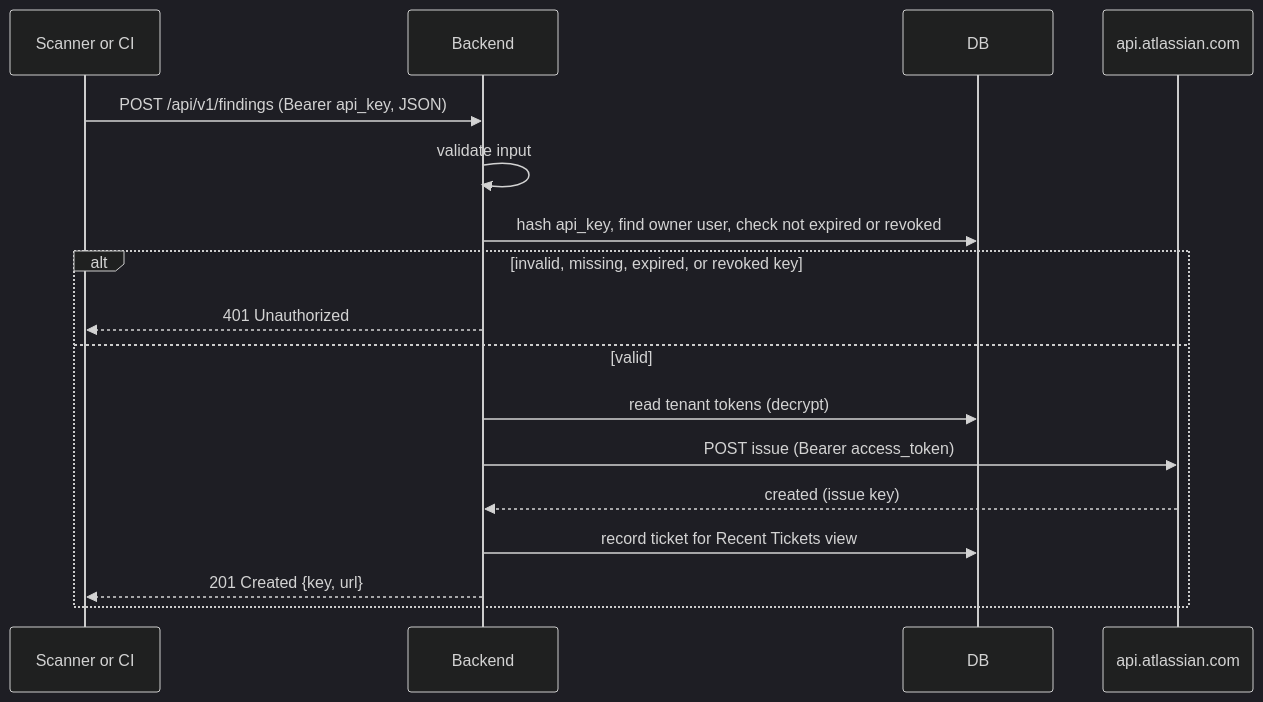
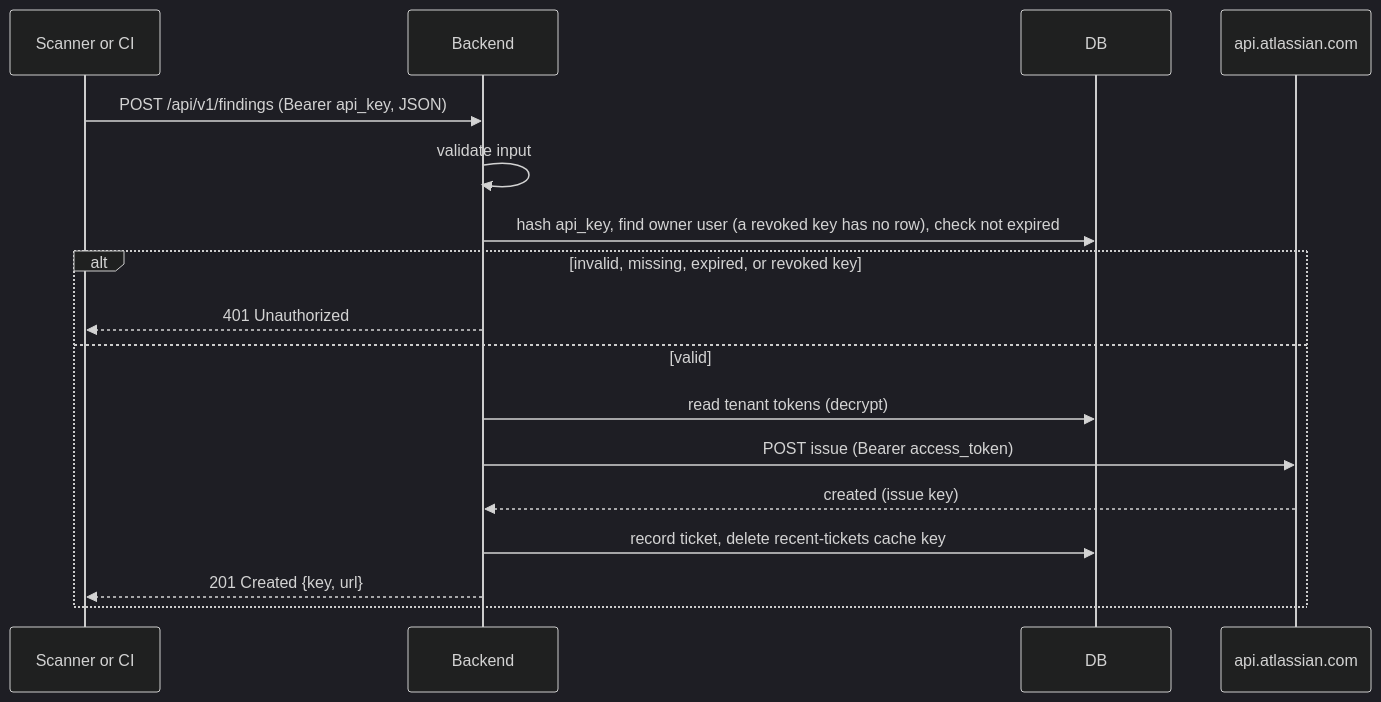
One commit to stavalfi/oasis changed the seventh of 8 diagrams in docs/backend-design.md. Above: the diagram before and after it, drawn with Mermaid (dark theme). The commit also changed other lines of this file and 1 other file, not shown here.

Commit message:
Revise backend and frontend design docs

````diff
--- a/docs/backend-design.md
+++ b/docs/backend-design.md
@@ -690,20 +700,20 @@
 ```mermaid
 sequenceDiagram
   participant Scanner as Scanner or CI
   participant Backend
   participant DB
   participant Jira as api.atlassian.com
 
   Scanner->>Backend: POST /api/v1/findings (Bearer api_key, JSON)
   Backend->>Backend: validate input
-  Backend->>DB: hash api_key, find owner user, check not expired or revoked
+  Backend->>DB: hash api_key, find owner user (a revoked key has no row), check not expired
   alt invalid, missing, expired, or revoked key
     Backend-->>Scanner: 401 Unauthorized
   else valid
     Backend->>DB: read tenant tokens (decrypt)
     Backend->>Jira: POST issue (Bearer access_token)
     Jira-->>Backend: created (issue key)
-    Backend->>DB: record ticket for Recent Tickets view
+    Backend->>DB: record ticket, delete recent-tickets cache key
     Backend-->>Scanner: 201 Created {key, url}
   end
 ```
````
